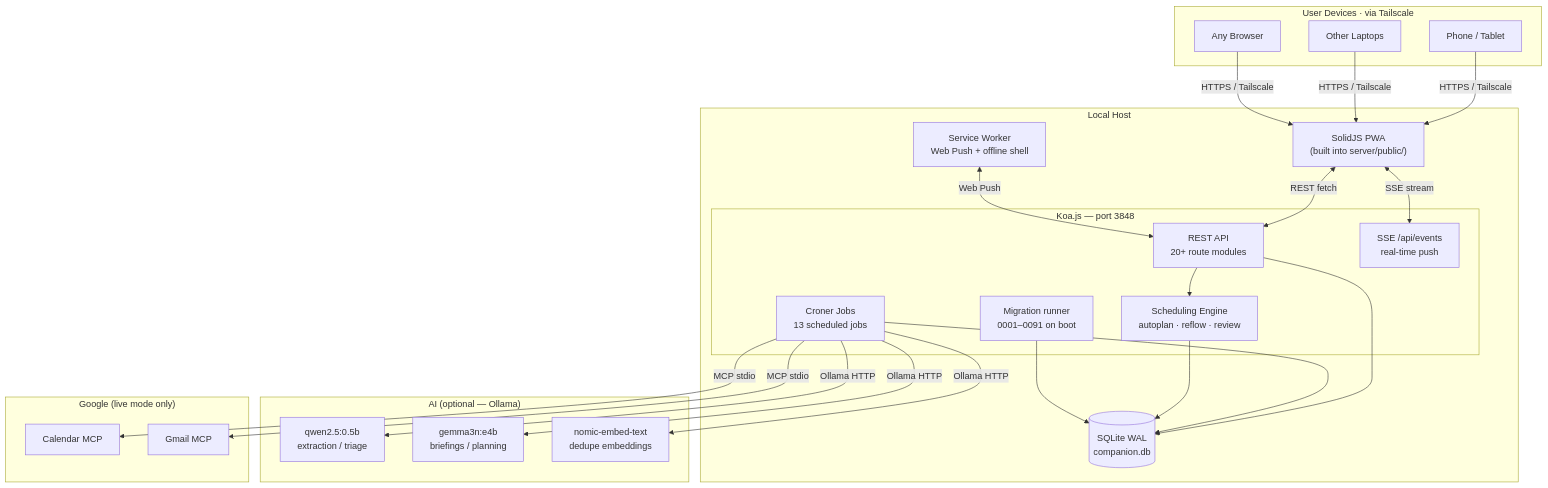
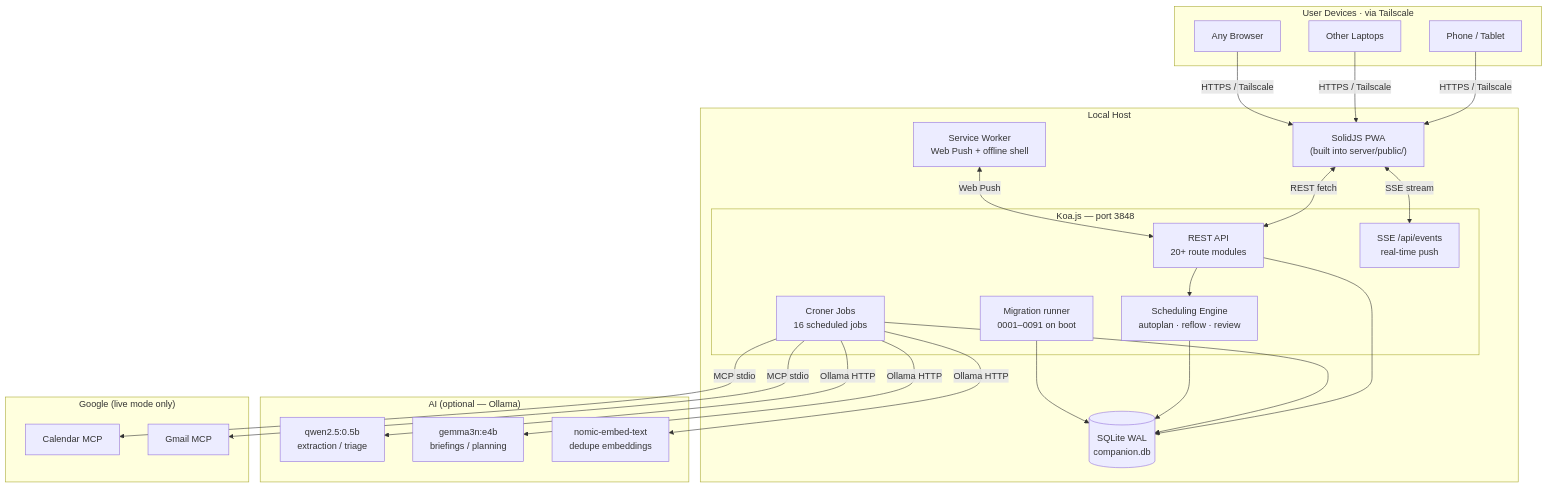
One commit to companionintelligence/CI-Planning changed the first of 6 diagrams in ARCHITECTURE.md. Above: the diagram before and after it, drawn with Mermaid. The commit also changed other lines of this file and 2 other files, not shown here.

````diff
--- a/ARCHITECTURE.md
+++ b/ARCHITECTURE.md
@@ -38,49 +38,49 @@
 ```mermaid
 graph TB
     subgraph Devices["User Devices · via Tailscale"]
         Phone["Phone / Tablet"]
         Laptop["Other Laptops"]
         Browser["Any Browser"]
     end
 
     subgraph Host["Local Host"]
         subgraph Koa["Koa.js — port 3848"]
             API["REST API<br/>20+ route modules"]
             SSE["SSE /api/events<br/>real-time push"]
             Engine["Scheduling Engine<br/>autoplan · reflow · review"]
-            Cron["Croner Jobs<br/>13 scheduled jobs"]
+            Cron["Croner Jobs<br/>16 scheduled jobs"]
             Migrate["Migration runner<br/>0001–0091 on boot"]
         end
         FE["SolidJS PWA<br/>(built into server/public/)"]
         SW["Service Worker<br/>Web Push + offline shell"]
         DB[("SQLite WAL<br/>companion.db")]
     end
 
     subgraph AI["AI (optional — Ollama)"]
         Small["qwen2.5:0.5b<br/>extraction / triage"]
         Medium["gemma3n:e4b<br/>briefings / planning"]
         Embed["nomic-embed-text<br/>dedupe embeddings"]
     end
 
     subgraph Google["Google (live mode only)"]
         GCal["Calendar MCP"]
         Gmail["Gmail MCP"]
     end
 
     Phone -->|HTTPS / Tailscale| FE
     Laptop -->|HTTPS / Tailscale| FE
     Browser -->|HTTPS / Tailscale| FE
     FE <-->|REST fetch| API
     FE <-->|SSE stream| SSE
     SW <-->|Web Push| API
     API --> Engine
     API --> DB
     Cron --> DB
     Cron -->|Ollama HTTP| Small
     Cron -->|Ollama HTTP| Medium
     Cron -->|Ollama HTTP| Embed
     Cron -->|MCP stdio| GCal
     Cron -->|MCP stdio| Gmail
     Engine --> DB
     Migrate --> DB
 ```
````
